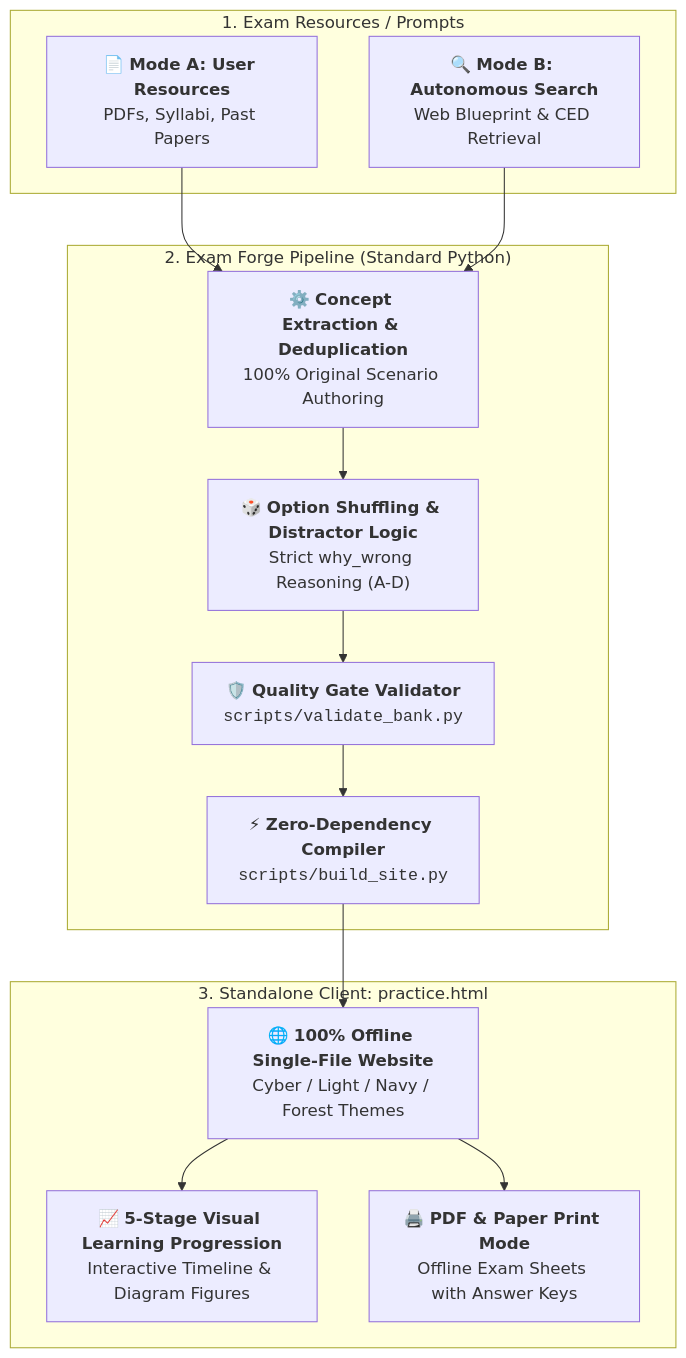
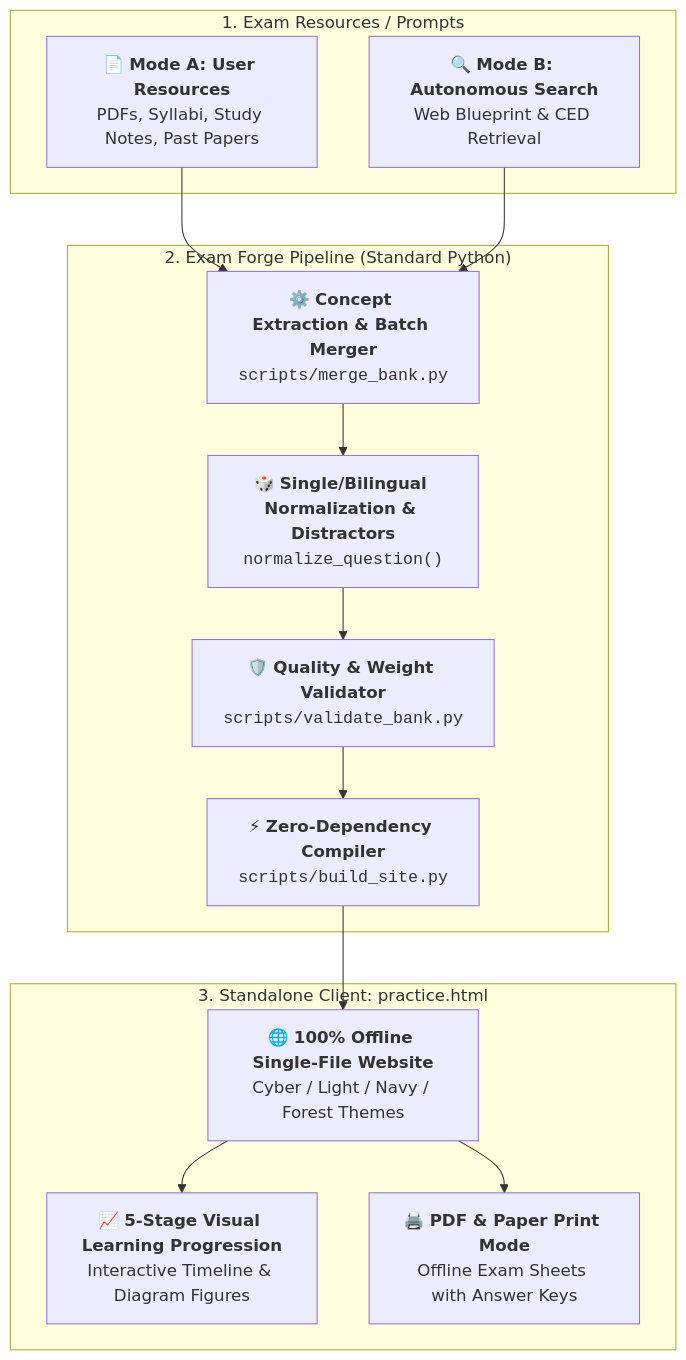
One commit to datafibers/exam_forge changed the third of 3 diagrams in DESIGN.md. Above: the diagram before and after it, drawn with Mermaid. The commit also changed other lines of this file and 9 other files, not shown here.

Commit message:
feat: add fill-in-the-blank type, syllabus domain weights, adaptive weighted sampling, 2-streak mistake graduation, nested LaTeX, single-lang fallback, and batch merge script

````diff
--- a/DESIGN.md
+++ b/DESIGN.md
@@ -82,26 +83,26 @@
 ```mermaid
 flowchart TD
   subgraph Inputs["1. Exam Resources / Prompts"]
-    M1["📄 <b>Mode A: User Resources</b><br/>PDFs, Syllabi, Past Papers"]
+    M1["📄 <b>Mode A: User Resources</b><br/>PDFs, Syllabi, Study Notes, Past Papers"]
     M2["🔍 <b>Mode B: Autonomous Search</b><br/>Web Blueprint & CED Retrieval"]
   end
 
   subgraph Engine["2. Exam Forge Pipeline (Standard Python)"]
-    E1["⚙️ <b>Concept Extraction & Deduplication</b><br/>100% Original Scenario Authoring"]
-    E2["🎲 <b>Option Shuffling & Distractor Logic</b><br/>Strict why_wrong Reasoning (A-D)"]
-    E3["🛡️ <b>Quality Gate Validator</b><br/><code>scripts/validate_bank.py</code>"]
+    E1["⚙️ <b>Concept Extraction & Batch Merger</b><br/><code>scripts/merge_bank.py</code>"]
+    E2["🎲 <b>Single/Bilingual Normalization & Distractors</b><br/><code>normalize_question()</code>"]
+    E3["🛡️ <b>Quality & Weight Validator</b><br/><code>scripts/validate_bank.py</code>"]
     E4["⚡ <b>Zero-Dependency Compiler</b><br/><code>scripts/build_site.py</code>"]
   end
 
   subgraph Output["3. Standalone Client: practice.html"]
     O1["🌐 <b>100% Offline Single-File Website</b><br/>Cyber / Light / Navy / Forest Themes"]
     O2["📈 <b>5-Stage Visual Learning Progression</b><br/>Interactive Timeline & Diagram Figures"]
     O3["🖨️ <b>PDF & Paper Print Mode</b><br/>Offline Exam Sheets with Answer Keys"]
   end
 
   M1 --> E1
   M2 --> E1
   E1 --> E2 --> E3 --> E4 --> O1
   O1 --> O2
   O1 --> O3
 ```
````
